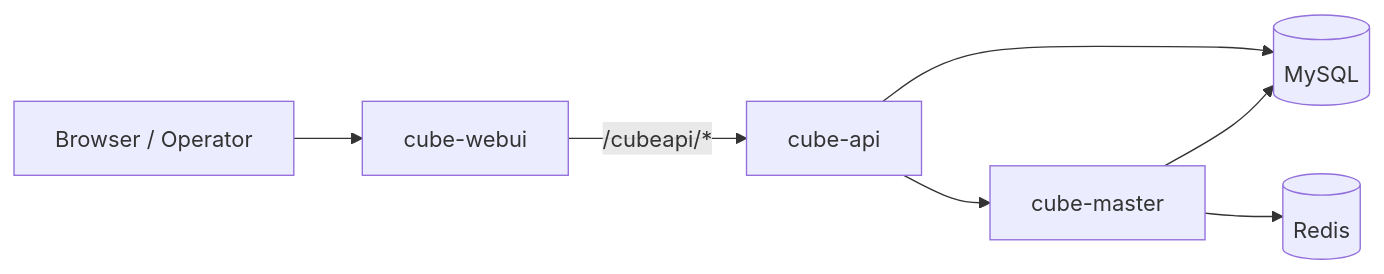
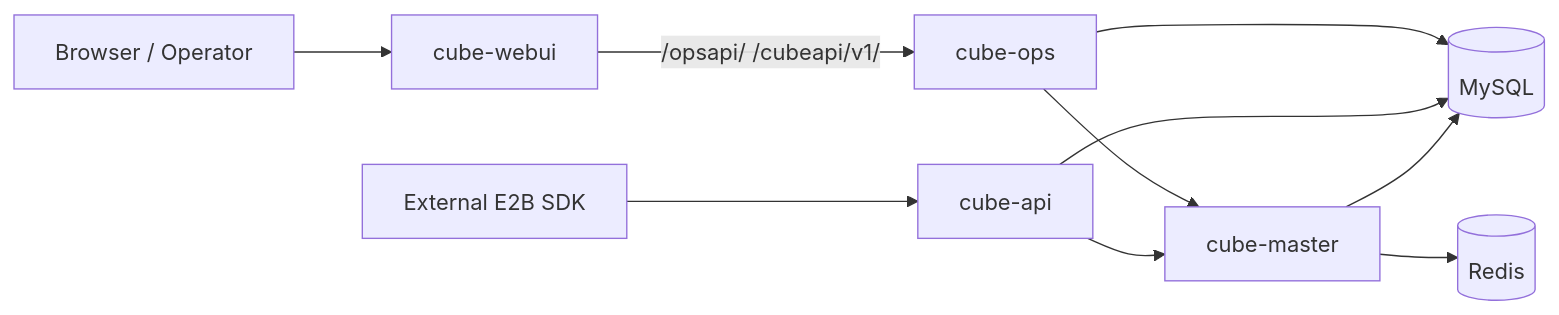
The sixth of 9 diagrams in deploy/kubernetes/chart/docs/ARCHITECTURE.md (TencentCloud/CubeSandbox), drawn with Mermaid before and after one commit. The commit also changed other lines of this file and 17 other files, not shown here.

First line of the commit message:
feat(helm): add CubeOps component with WebUI nginx refactoring

````diff
--- a/deploy/kubernetes/chart/docs/ARCHITECTURE.md
+++ b/deploy/kubernetes/chart/docs/ARCHITECTURE.md
@@ -301,9 +310,12 @@
 ```mermaid
 flowchart LR
   U["Browser / Operator"] --> WEB["cube-webui"]
-  WEB -->|/cubeapi/*| API["cube-api"]
-  API --> CM["cube-master"]
-  API --> MYSQL[("MySQL")]
+  WEB -->|"/opsapi/ /cubeapi/v1/"| OPS["cube-ops"]
+  Ext["External E2B SDK"] --> API["cube-api"]
+  OPS --> CM["cube-master"]
+  OPS --> MYSQL[("MySQL")]
+  API --> CM
+  API --> MYSQL
   CM --> MYSQL
   CM --> REDIS[("Redis")]
 ```
````
